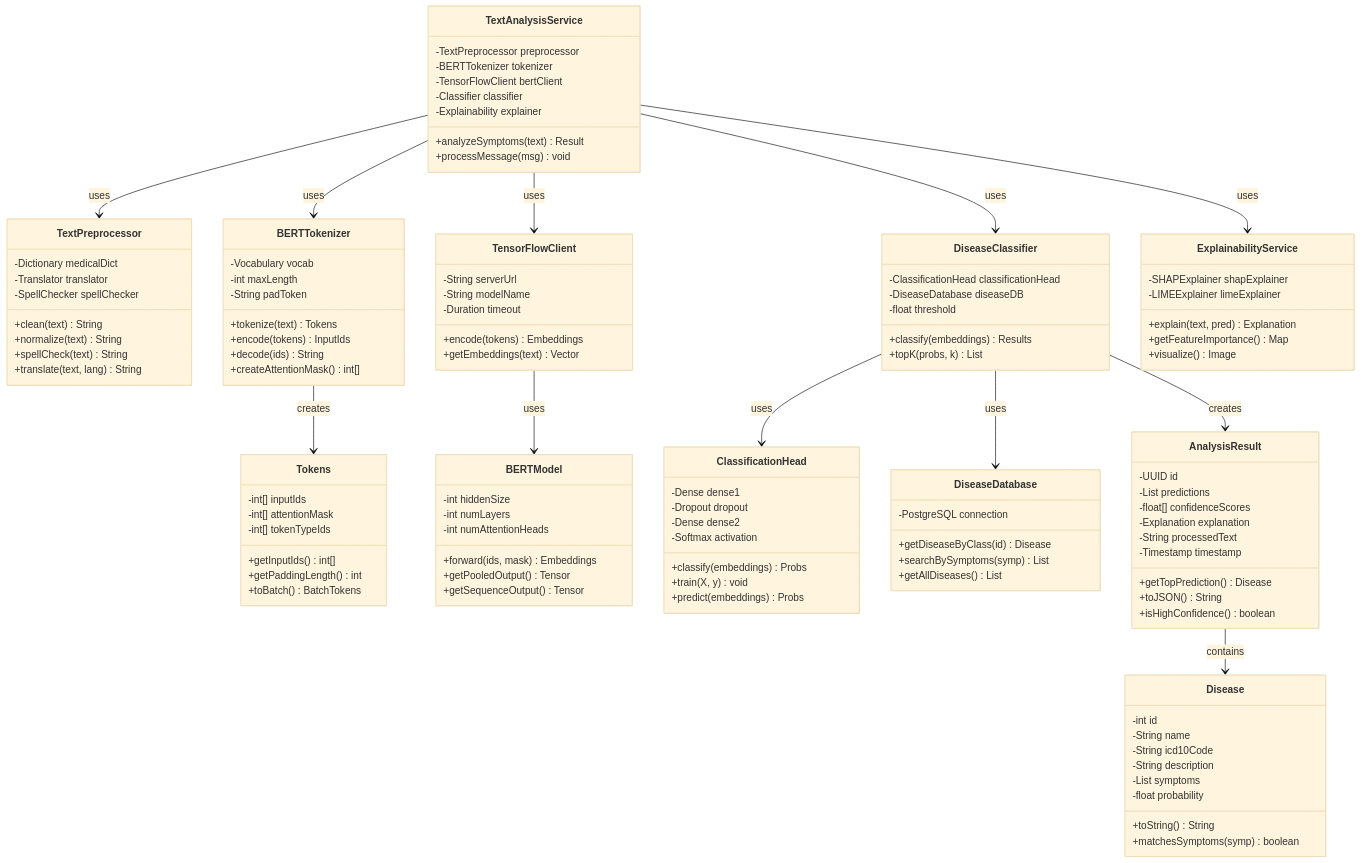
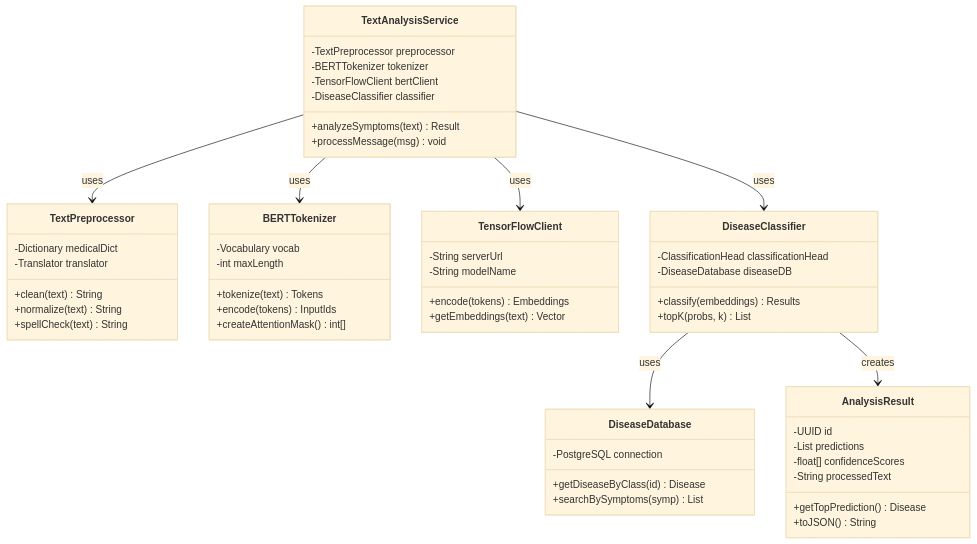
One commit to Edisheri/system-engineering-playbook changed the fourth of 6 diagrams in src/architecture/uml/text-analysis.md. Above: the diagram before and after it, drawn with Mermaid (base theme). The commit also changed other lines of this file and 1 other file, not shown here.

Commit message:
Optimize UML diagrams for screenshots: reduce height by adding more horizontal connections and simplifying Class diagrams

````diff
--- a/src/architecture/uml/text-analysis.md
+++ b/src/architecture/uml/text-analysis.md
@@ -211,8 +213,7 @@
         -TextPreprocessor preprocessor
         -BERTTokenizer tokenizer
         -TensorFlowClient bertClient
-        -Classifier classifier
-        -Explainability explainer
+        -DiseaseClassifier classifier
         +analyzeSymptoms(text) Result
         +processMessage(msg) void
     }
@@ -220,63 +221,29 @@
     class TextPreprocessor {
         -Dictionary medicalDict
         -Translator translator
-        -SpellChecker spellChecker
         +clean(text) String
         +normalize(text) String
         +spellCheck(text) String
-        +translate(text, lang) String
     }
     
     class BERTTokenizer {
         -Vocabulary vocab
         -int maxLength
-        -String padToken
         +tokenize(text) Tokens
         +encode(tokens) InputIds
-        +decode(ids) String
         +createAttentionMask() int[]
-    }
-    
-    class Tokens {
-        -int[] inputIds
-        -int[] attentionMask
-        -int[] tokenTypeIds
-        +getInputIds() int[]
-        +getPaddingLength() int
-        +toBatch() BatchTokens
     }
     
     class TensorFlowClient {
         -String serverUrl
         -String modelName
-        -Duration timeout
         +encode(tokens) Embeddings
         +getEmbeddings(text) Vector
-    }
-    
-    class BERTModel {
-        -int hiddenSize
-        -int numLayers
-        -int numAttentionHeads
-        +forward(ids, mask) Embeddings
-        +getPooledOutput() Tensor
-        +getSequenceOutput() Tensor
-    }
-    
-    class ClassificationHead {
-        -Dense dense1
-        -Dropout dropout
-        -Dense dense2
-        -Softmax activation
-        +classify(embeddings) Probs
-        +train(X, y) void
-        +predict(embeddings) Probs
     }
     
     class DiseaseClassifier {
         -ClassificationHead classificationHead
         -DiseaseDatabase diseaseDB
-        -float threshold
         +classify(embeddings) Results
         +topK(probs, k) List
     }
@@ -285,50 +252,22 @@
         -PostgreSQL connection
         +getDiseaseByClass(id) Disease
         +searchBySymptoms(symp) List
-        +getAllDiseases() List
-    }
-    
-    class ExplainabilityService {
-        -SHAPExplainer shapExplainer
-        -LIMEExplainer limeExplainer
-        +explain(text, pred) Explanation
-        +getFeatureImportance() Map
-        +visualize() Image
     }
     
     class AnalysisResult {
         -UUID id
         -List predictions
         -float[] confidenceScores
-        -Explanation explanation
         -String processedText
-        -Timestamp timestamp
         +getTopPrediction() Disease
         +toJSON() String
-        +isHighConfidence() boolean
-    }
-    
-    class Disease {
-        -int id
-        -String name
-        -String icd10Code
-        -String description
-        -List symptoms
-        -float probability
-        +toString() String
-        +matchesSymptoms(symp) boolean
     }
     
     TextAnalysisService --> TextPreprocessor : uses
     TextAnalysisService --> BERTTokenizer : uses
     TextAnalysisService --> TensorFlowClient : uses
     TextAnalysisService --> DiseaseClassifier : uses
-    TextAnalysisService --> ExplainabilityService : uses
     
-    BERTTokenizer --> Tokens : creates
-    TensorFlowClient --> BERTModel : uses
-    DiseaseClassifier --> ClassificationHead : uses
     DiseaseClassifier --> DiseaseDatabase : uses
     DiseaseClassifier --> AnalysisResult : creates
-    AnalysisResult --> Disease : contains
 ```
````
